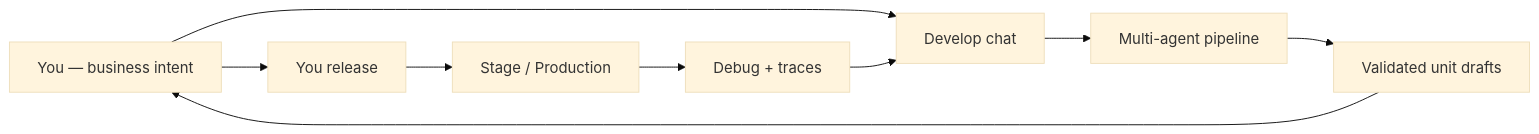
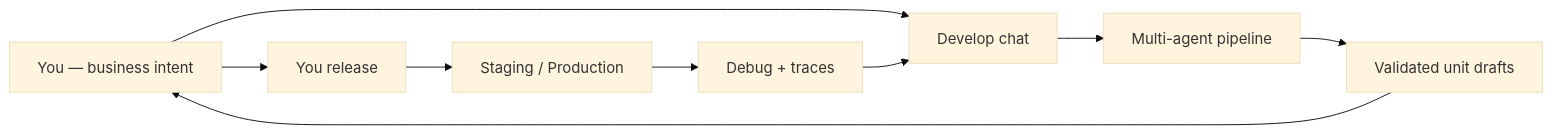
The first of 3 diagrams in docs-site/app/platform/ai-role/page.mdx (BaaSForge/baasforge-frontend-vite), drawn with Mermaid (base theme) before and after one commit. The commit also changed other lines of this file and 17 other files, not shown here.

````diff
--- a/docs-site/app/platform/ai-role/page.mdx
+++ b/docs-site/app/platform/ai-role/page.mdx
@@ -18,11 +18,11 @@
 ```mermaid
 flowchart LR
   You[You — business intent] --> Develop[Develop chat]
   Develop --> Agents[Multi-agent pipeline]
   Agents --> Drafts[Validated unit drafts]
   Drafts --> You
   You --> Release[You release]
-  Release --> Runtime[Stage / Production]
+  Release --> Runtime[Staging / Production]
   Runtime --> Debug[Debug + traces]
   Debug --> Develop
 ```
````
